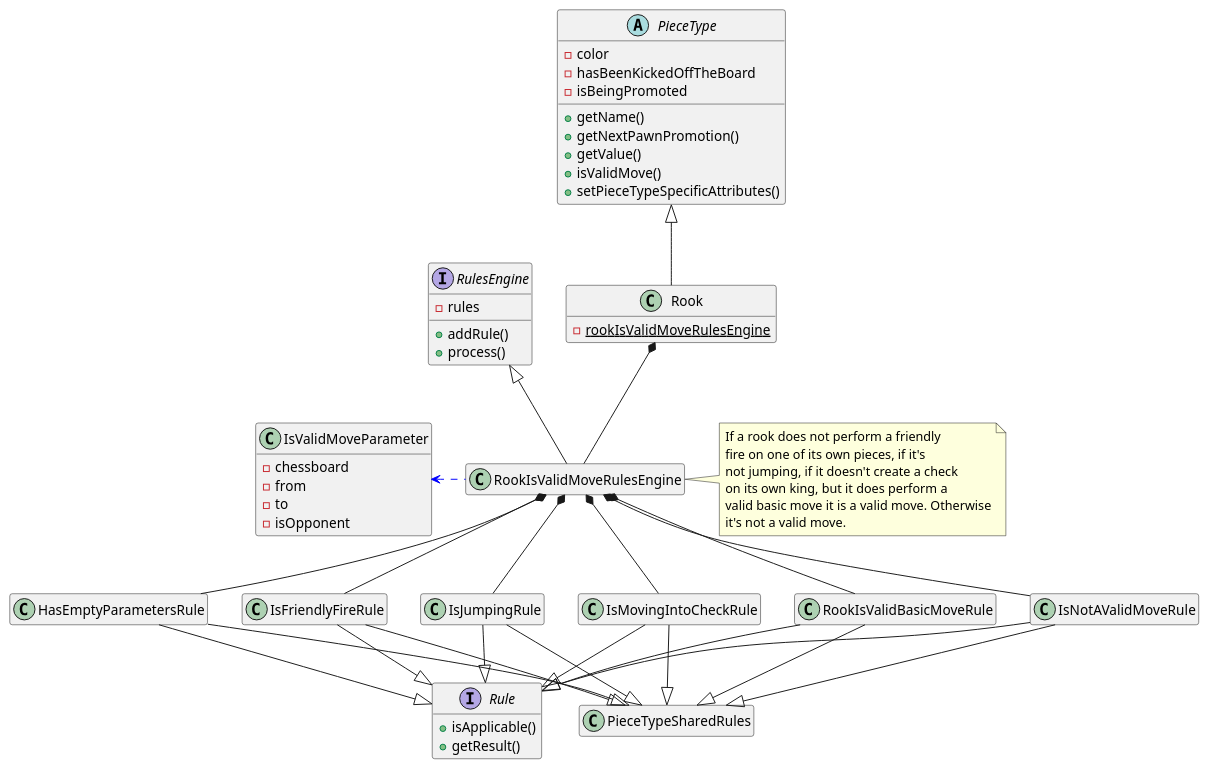
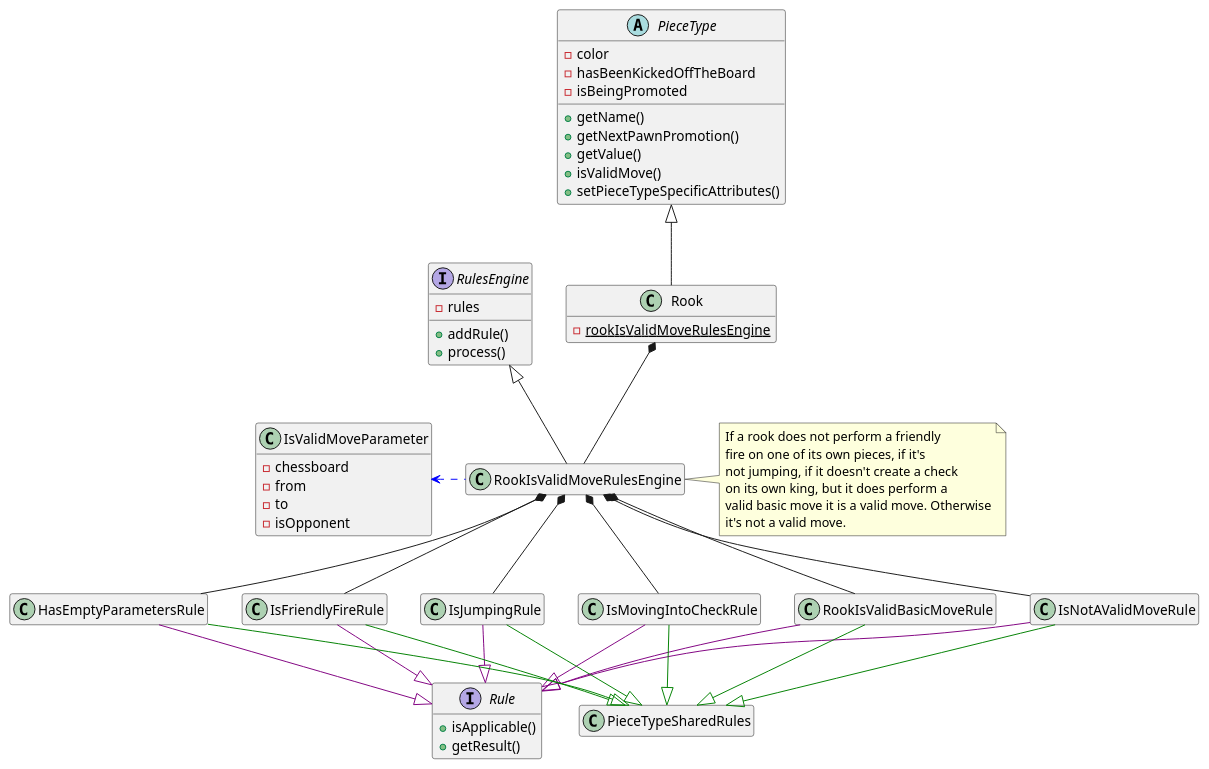
The diagram in game/src/main/resources/uml/rook.puml (tiktaalick/chess-with-database), drawn with PlantUML before and after one commit. The commit also changed 5 other files, not shown here.

Commit message:
Added colors to the class diagrams.

```diff
--- a/game/src/main/resources/uml/rook.puml
+++ b/game/src/main/resources/uml/rook.puml
@@ -1,85 +1,85 @@
 @startuml
 
 '--------------'
 'Hidden members'
 '--------------'
 hide empty members
 
 '----'
 'Move'
 '----'
 abstract class PieceType {
     - color
     - hasBeenKickedOffTheBoard
     - isBeingPromoted
     + getName()
     + getNextPawnPromotion()
     + getValue()
     + isValidMove()
     + setPieceTypeSpecificAttributes()
 }
 
 class Rook {
     - {static} rookIsValidMoveRulesEngine
 }
 
 class IsValidMoveParameter {
     - chessboard
     - from
     - to
     - isOpponent
 }
 
 interface RulesEngine {
     - rules
     + addRule()
     + process()
 }
 
 interface Rule {
     + isApplicable()
     + getResult()
 }
 
 '---------'
 'Relations'
 '---------'
 PieceType <|-down- Rook
 Rook *-- RookIsValidMoveRulesEngine
 RookIsValidMoveRulesEngine -up-|> RulesEngine
 RookIsValidMoveRulesEngine .left[#blue].> IsValidMoveParameter
 
 HasEmptyParametersRule -up-* RookIsValidMoveRulesEngine
 IsFriendlyFireRule -up-* RookIsValidMoveRulesEngine
 IsJumpingRule -up-* RookIsValidMoveRulesEngine
 IsMovingIntoCheckRule -up-* RookIsValidMoveRulesEngine
 RookIsValidBasicMoveRule -up-* RookIsValidMoveRulesEngine
 IsNotAValidMoveRule -up-* RookIsValidMoveRulesEngine
 
-HasEmptyParametersRule --|> Rule
-IsFriendlyFireRule --|> Rule
-IsJumpingRule --|> Rule
-IsMovingIntoCheckRule --|> Rule
-RookIsValidBasicMoveRule --|> Rule
-IsNotAValidMoveRule --|> Rule
+HasEmptyParametersRule -down[#purple]-|> Rule
+IsFriendlyFireRule -down[#purple]-|> Rule
+IsJumpingRule -down[#purple]-|> Rule
+IsMovingIntoCheckRule -down[#purple]-|> Rule
+RookIsValidBasicMoveRule -down[#purple]-|> Rule
+IsNotAValidMoveRule -down[#purple]-|> Rule
 
-HasEmptyParametersRule -down-|> PieceTypeSharedRules
-IsFriendlyFireRule -down-|> PieceTypeSharedRules
-IsJumpingRule --|> PieceTypeSharedRules
-IsMovingIntoCheckRule -down-|> PieceTypeSharedRules
-RookIsValidBasicMoveRule -down-|> PieceTypeSharedRules
-IsNotAValidMoveRule -down-|> PieceTypeSharedRules
+HasEmptyParametersRule -down[#green]-|> PieceTypeSharedRules
+IsFriendlyFireRule -down[#green]-|> PieceTypeSharedRules
+IsJumpingRule -down[#green]-|> PieceTypeSharedRules
+IsMovingIntoCheckRule -down[#green]-|> PieceTypeSharedRules
+RookIsValidBasicMoveRule -down[#green]-|> PieceTypeSharedRules
+IsNotAValidMoveRule -down[#green]-|> PieceTypeSharedRules
 
 '-----'
 'Notes'
 '-----'
 note right of RookIsValidMoveRulesEngine {
     If a rook does not perform a friendly
     fire on one of its own pieces, if it's
     not jumping, if it doesn't create a check
     on its own king, but it does perform a
     valid basic move it is a valid move. Otherwise
     it's not a valid move.
 }
 
 @enduml
```
